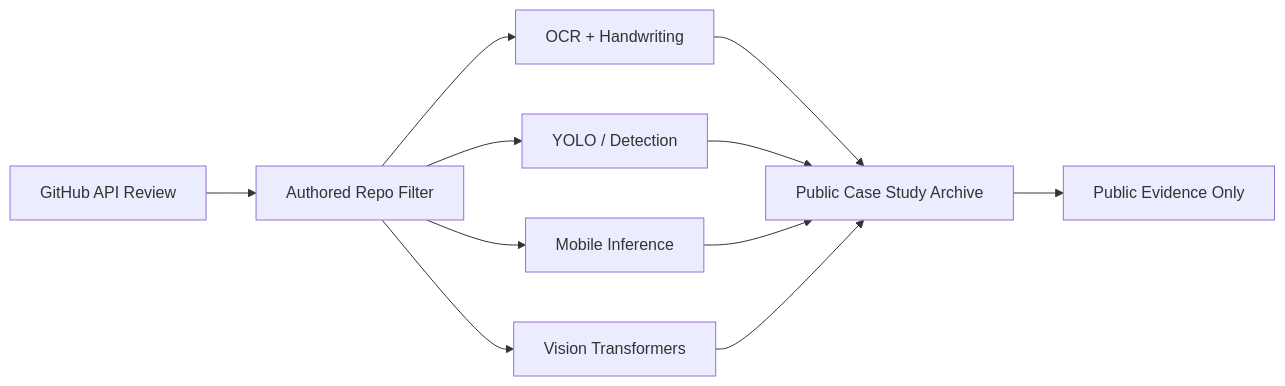
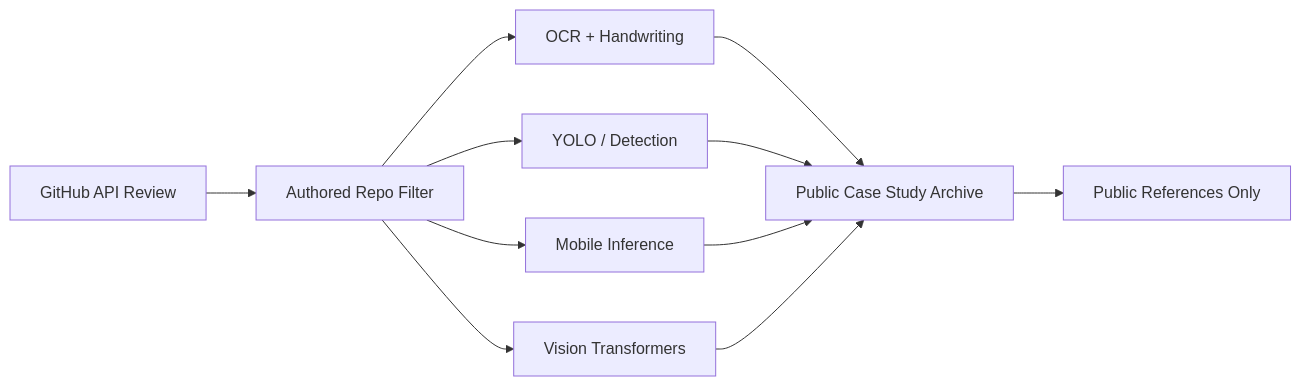
The diagram in docs/projects/public-cv-and-deep-learning-github-archive.md (zack-dev-cm/zack-dev-cm.github.io), drawn with Mermaid before and after one commit. The commit also changed other lines of this file and 113 other files, not shown here.

````diff
--- a/docs/projects/public-cv-and-deep-learning-github-archive.md
+++ b/docs/projects/public-cv-and-deep-learning-github-archive.md
@@ -46,13 +46,13 @@
 ```mermaid
 flowchart LR
   API["GitHub API Review"] --> Filter["Authored Repo Filter"]
   Filter --> OCR["OCR + Handwriting"]
   Filter --> Detect["YOLO / Detection"]
   Filter --> Mobile["Mobile Inference"]
   Filter --> VIT["Vision Transformers"]
   OCR --> Portfolio["Public Case Study Archive"]
   Detect --> Portfolio
   Mobile --> Portfolio
   VIT --> Portfolio
-  Portfolio --> Guard["Public Evidence Only"]
+  Portfolio --> Guard["Public References Only"]
 ```
````
